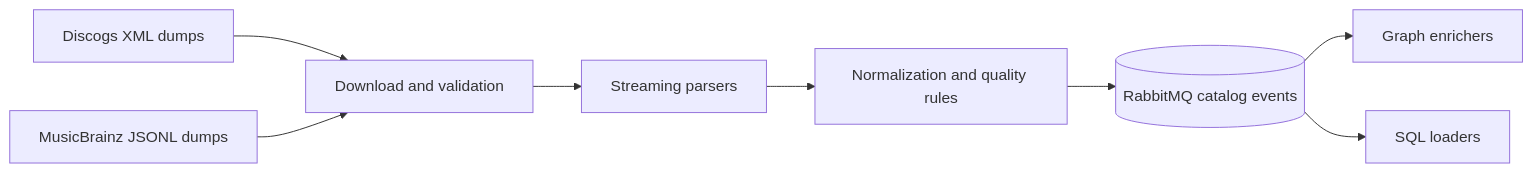
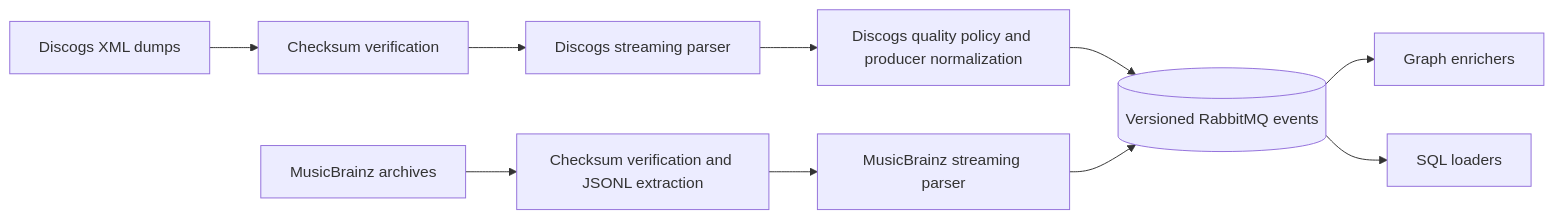
Before and after one commit to groovemap-music/catalog-ingestion: the diagram in README.md, drawn with Mermaid. The commit also changed other lines of this file and 8 other files, not shown here.

````diff
--- a/README.md
+++ b/README.md
@@ -10,10 +10,12 @@
 ```mermaid
 flowchart LR
-    D[Discogs XML dumps] --> V[Download and validation]
-    M[MusicBrainz JSONL dumps] --> V
-    V --> P[Streaming parsers]
-    P --> N[Normalization and quality rules]
-    N --> R[(RabbitMQ catalog events)]
+    D[Discogs XML dumps] --> VD[Checksum verification]
+    M[MusicBrainz archives] --> VM[Checksum verification and JSONL extraction]
+    VD --> DP[Discogs streaming parser]
+    VM --> MP[MusicBrainz streaming parser]
+    DP --> N[Discogs quality policy and producer normalization]
+    N --> R[(Versioned RabbitMQ events)]
+    MP --> R
     R --> G[Graph enrichers]
     R --> S[SQL loaders]
 ```
````
